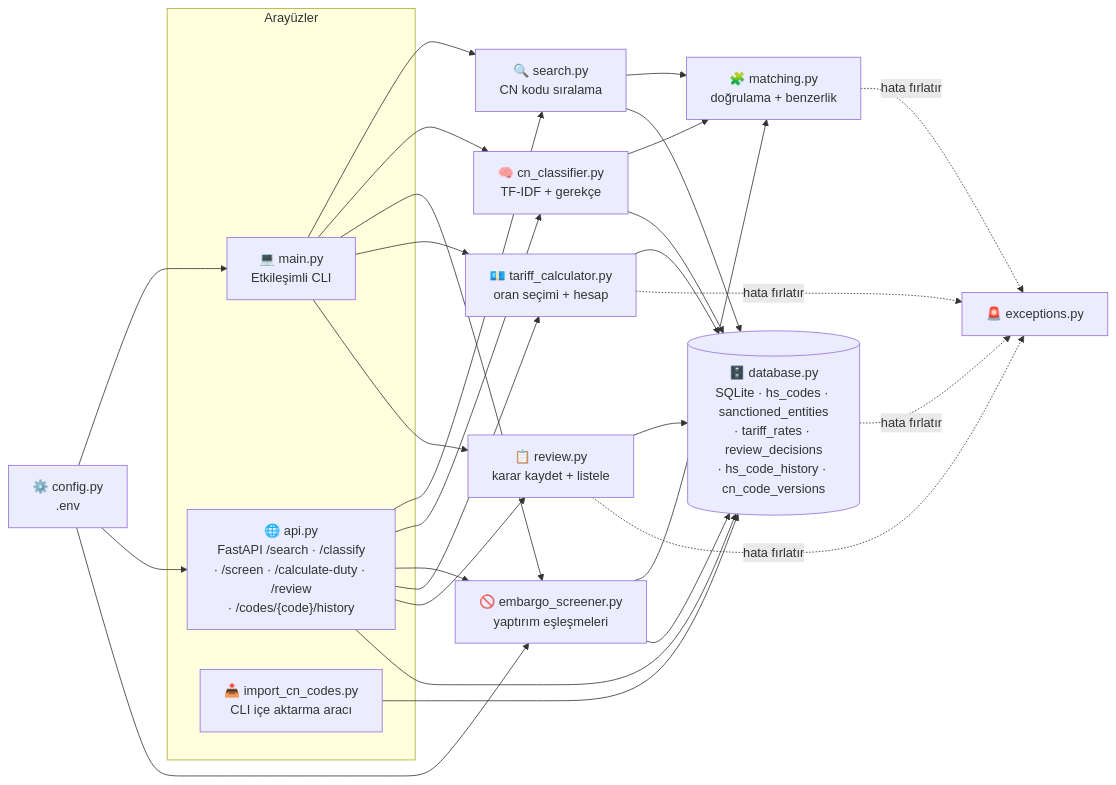
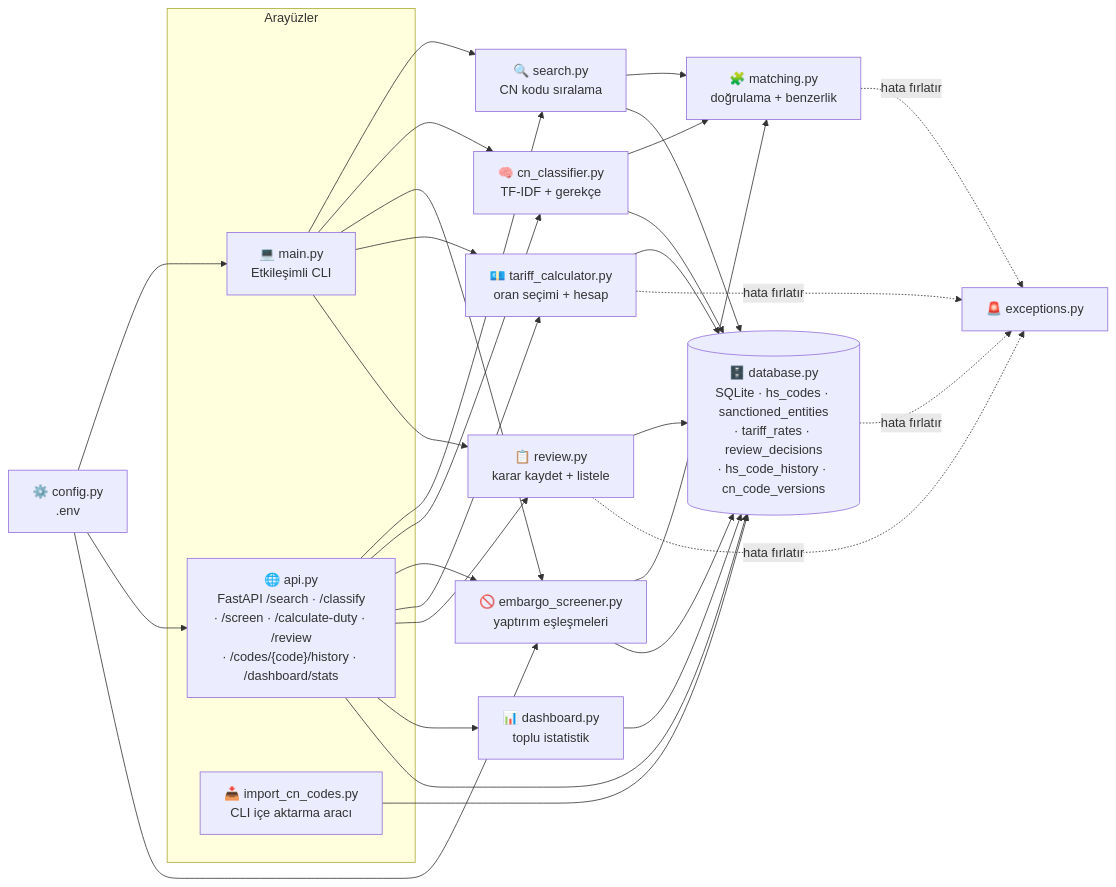
The first of 2 diagrams in README.tr.md (Mutersec/CustomsIQ), drawn with Mermaid before and after one commit. The commit also changed other lines of this file and 8 other files, not shown here.

````diff
--- a/README.tr.md
+++ b/README.tr.md
@@ -96,46 +97,49 @@
 ```mermaid
 flowchart LR
     subgraph Arayuzler["Arayüzler"]
         CLI["💻 main.py<br/>Etkileşimli CLI"]
-        API["🌐 api.py<br/>FastAPI /search · /classify<br/>· /screen · /calculate-duty · /review<br/>· /codes/{code}/history"]
+        API["🌐 api.py<br/>FastAPI /search · /classify<br/>· /screen · /calculate-duty · /review<br/>· /codes/{code}/history · /dashboard/stats"]
         IMPORT["📥 import_cn_codes.py<br/>CLI içe aktarma aracı"]
     end
 
     SEARCH["🔍 search.py<br/>CN kodu sıralama"]
     CLS["🧠 cn_classifier.py<br/>TF-IDF + gerekçe"]
     SCREEN["🚫 embargo_screener.py<br/>yaptırım eşleşmeleri"]
     DUTY["💶 tariff_calculator.py<br/>oran seçimi + hesap"]
     REVIEW["📋 review.py<br/>karar kaydet + listele"]
+    DASH["📊 dashboard.py<br/>toplu istatistik"]
     MATCH["🧩 matching.py<br/>doğrulama + benzerlik"]
     DB[("🗄️ database.py<br/>SQLite · hs_codes · sanctioned_entities<br/>· tariff_rates · review_decisions<br/>· hs_code_history · cn_code_versions")]
     EXC["🚨 exceptions.py"]
     CFG["⚙️ config.py<br/>.env"]
 
     CLI --> SEARCH
     CLI --> CLS
     CLI --> SCREEN
     CLI --> DUTY
     CLI --> REVIEW
     API --> SEARCH
     API --> CLS
     API --> SCREEN
     API --> DUTY
     API --> REVIEW
+    API --> DASH
     API --> DB
     IMPORT --> DB
+    DASH --> DB
     SEARCH --> MATCH
     CLS --> MATCH
     SCREEN --> MATCH
     SEARCH --> DB
     CLS --> DB
     SCREEN --> DB
     DUTY --> DB
     REVIEW --> DB
     DUTY -. hata fırlatır .-> EXC
     MATCH -. hata fırlatır .-> EXC
     DB -. hata fırlatır .-> EXC
     REVIEW -. hata fırlatır .-> EXC
     CFG --> CLI
     CFG --> API
     CFG --> SCREEN
 ```
````
